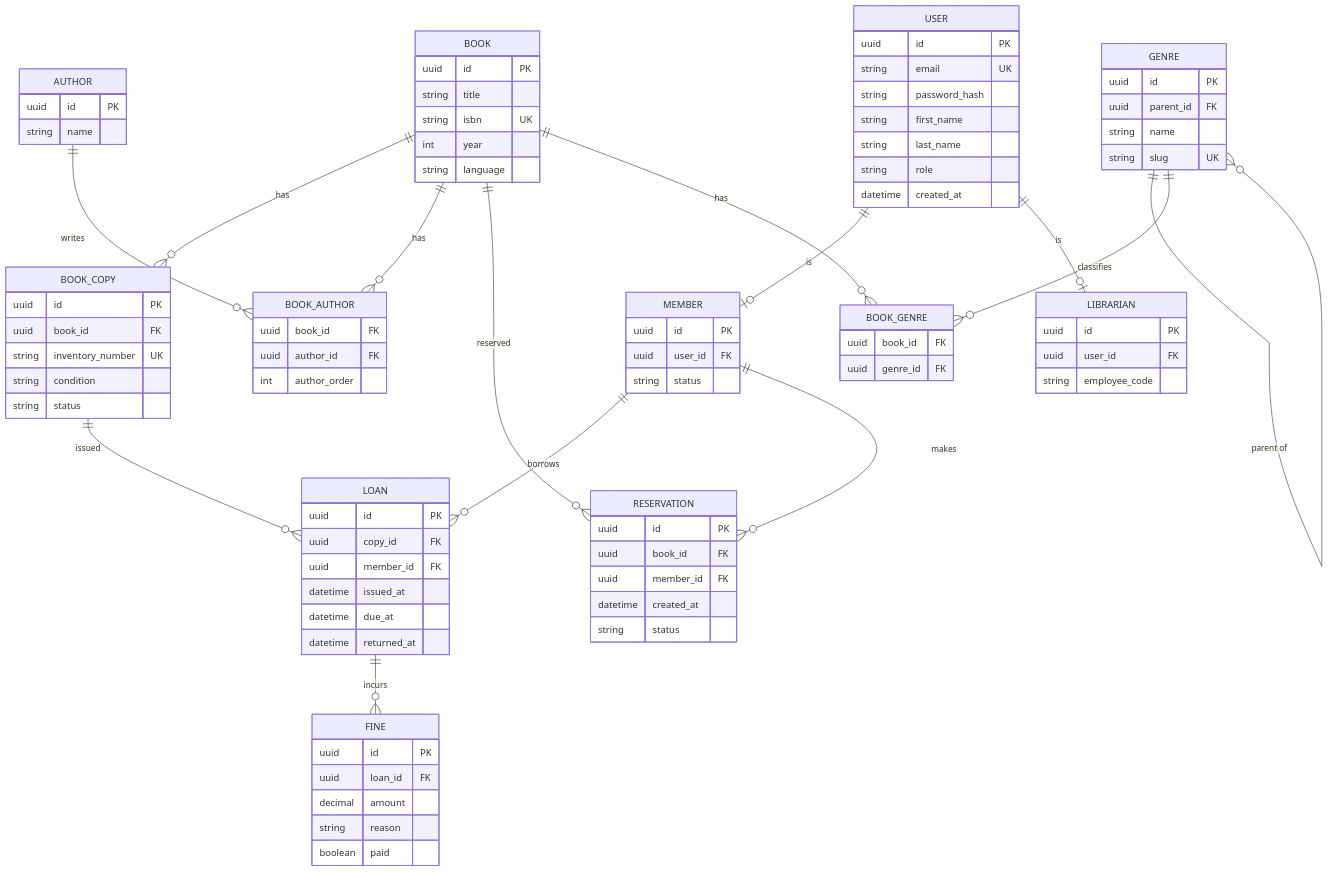
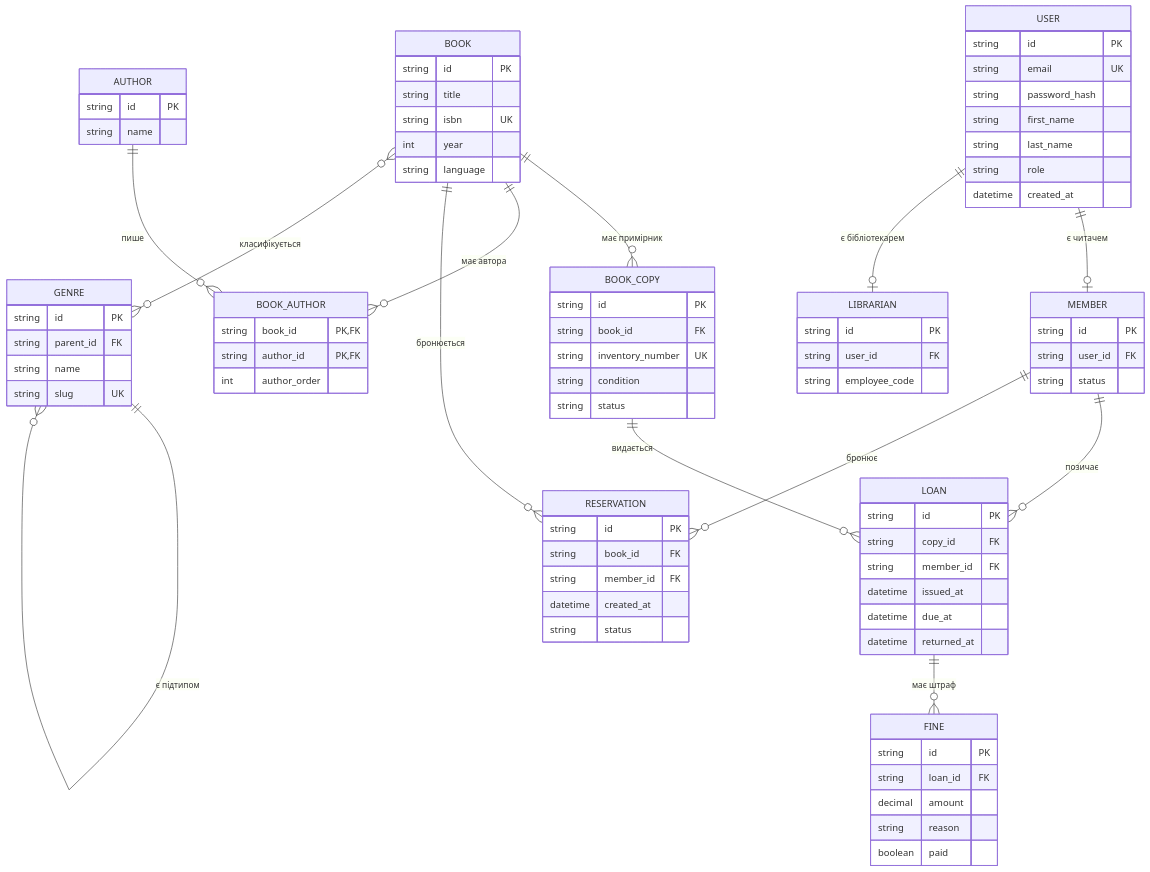
One commit to veronikapaschenkor29-png/Library-Modeling-and-Analysis-of-Software-Requirements changed the diagram in task-1/er.md. Above: the diagram before and after it, drawn with Mermaid. The commit also changed other lines of this file and 34 other files, not shown here.

First line of the commit message:
docs(task-1): ER model per course methodology

````diff
--- a/task-1/er.md
+++ b/task-1/er.md
@@ -3,21 +3,20 @@
 ```mermaid
 erDiagram
-    BOOK ||--o{ BOOK_COPY : has
-    BOOK ||--o{ BOOK_AUTHOR : has
-    AUTHOR ||--o{ BOOK_AUTHOR : writes
-    BOOK_COPY ||--o{ LOAN : issued
-    MEMBER ||--o{ LOAN : borrows
-    MEMBER ||--o{ RESERVATION : makes
-    BOOK ||--o{ RESERVATION : reserved
-    LOAN ||--o{ FINE : incurs
-    GENRE ||--o{ GENRE : "parent of"
-    BOOK ||--o{ BOOK_GENRE : has
-    GENRE ||--o{ BOOK_GENRE : classifies
-    USER ||--o| MEMBER : is
-    USER ||--o| LIBRARIAN : is
+    BOOK ||--o{ BOOK_COPY : "має примірник"
+    BOOK ||--o{ BOOK_AUTHOR : "має автора"
+    AUTHOR ||--o{ BOOK_AUTHOR : "пише"
+    BOOK_COPY ||--o{ LOAN : "видається"
+    MEMBER ||--o{ LOAN : "позичає"
+    MEMBER ||--o{ RESERVATION : "бронює"
+    BOOK ||--o{ RESERVATION : "бронюється"
+    LOAN ||--o{ FINE : "має штраф"
+    GENRE ||--o{ GENRE : "є підтипом"
+    BOOK }o--o{ GENRE : "класифікується"
+    USER ||--o| MEMBER : "є читачем"
+    USER ||--o| LIBRARIAN : "є бібліотекарем"
 
     BOOK {
-        uuid id PK
+        string id PK
         string title
         string isbn UK
         int year
@@ -25,27 +24,33 @@
     }
 
     BOOK_COPY {
-        uuid id PK
-        uuid book_id FK
+        string id PK
+        string book_id FK
         string inventory_number UK
         string condition
         string status
     }
 
     AUTHOR {
-        uuid id PK
+        string id PK
         string name
     }
 
     BOOK_AUTHOR {
-        uuid book_id FK
-        uuid author_id FK
+        string book_id PK, FK
+        string author_id PK, FK
         int author_order
     }
-    %% PK: (book_id, author_id)
+
+    GENRE {
+        string id PK
+        string parent_id FK
+        string name
+        string slug UK
+    }
 
     USER {
-        uuid id PK
+        string id PK
         string email UK
         string password_hash
         string first_name
@@ -55,52 +60,39 @@
     }
 
     MEMBER {
-        uuid id PK
-        uuid user_id FK
+        string id PK
+        string user_id FK
         string status
     }
 
     LIBRARIAN {
-        uuid id PK
-        uuid user_id FK
+        string id PK
+        string user_id FK
         string employee_code
     }
 
     LOAN {
-        uuid id PK
-        uuid copy_id FK
-        uuid member_id FK
+        string id PK
+        string copy_id FK
+        string member_id FK
         datetime issued_at
         datetime due_at
         datetime returned_at
     }
 
     RESERVATION {
-        uuid id PK
-        uuid book_id FK
-        uuid member_id FK
+        string id PK
+        string book_id FK
+        string member_id FK
         datetime created_at
         string status
     }
 
     FINE {
-        uuid id PK
-        uuid loan_id FK
+        string id PK
+        string loan_id FK
         decimal amount
         string reason
         boolean paid
     }
-
-    GENRE {
-        uuid id PK
-        uuid parent_id FK
-        string name
-        string slug UK
-    }
-
-    BOOK_GENRE {
-        uuid book_id FK
-        uuid genre_id FK
-    }
-    %% PK: (book_id, genre_id)
 ```
````
